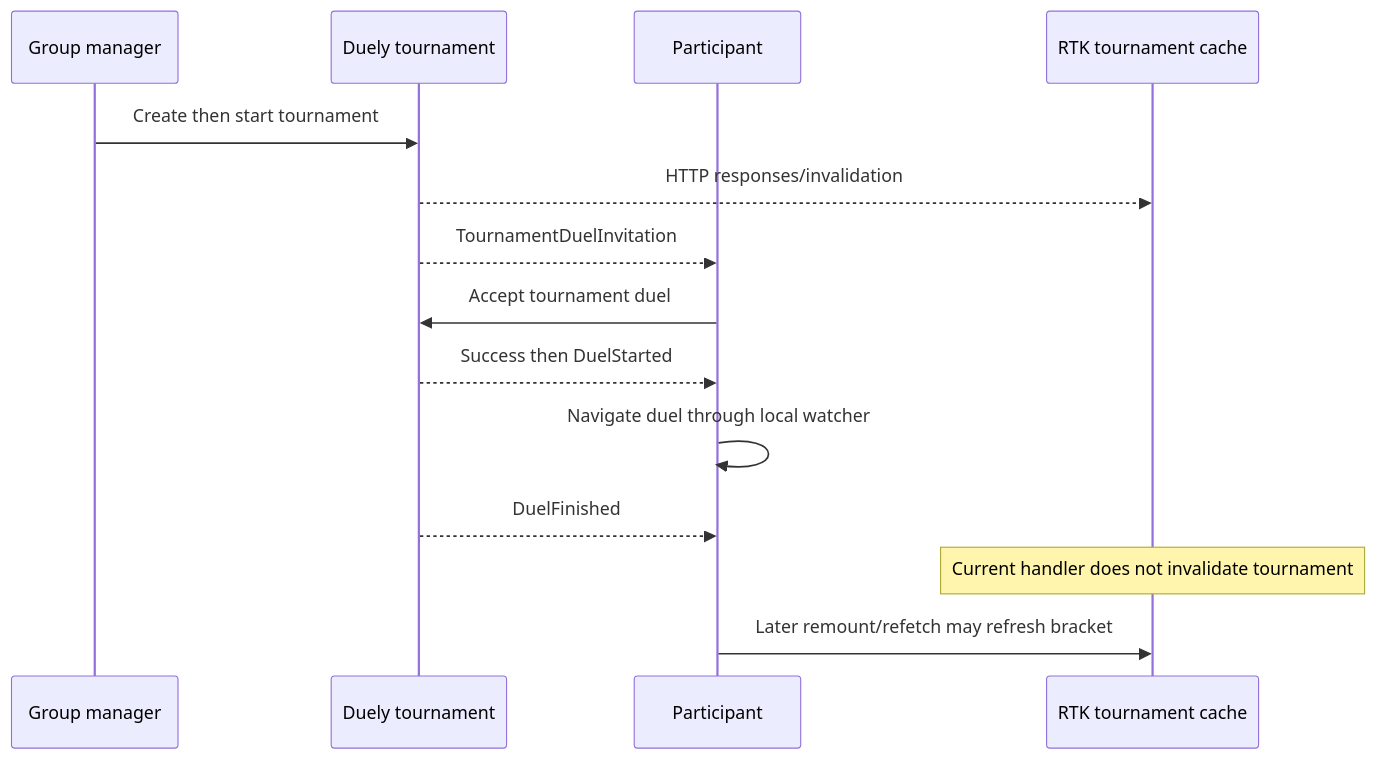
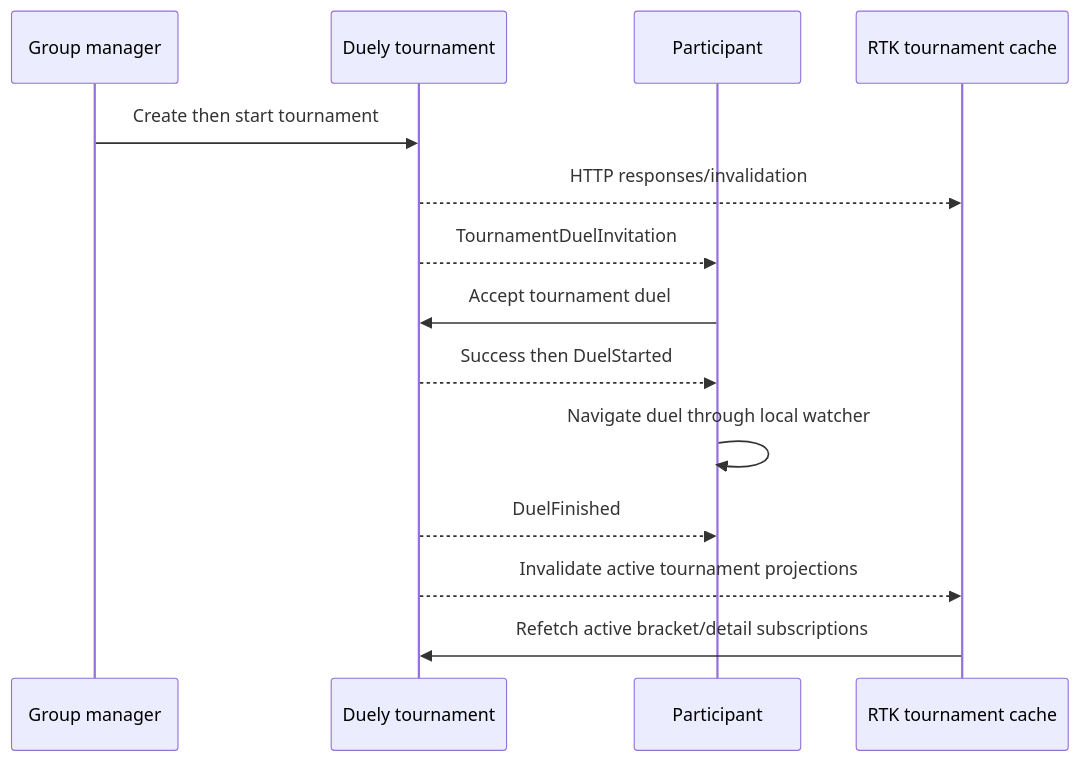
The diagram in docs/processes/tournaments.md (DIvanCode/CoDuels-Frontend), drawn with Mermaid before and after one commit. The commit also changed other lines of this file and 70 other files, not shown here.

````diff
--- a/docs/processes/tournaments.md
+++ b/docs/processes/tournaments.md
@@ -39,16 +40,16 @@
 ```mermaid
 sequenceDiagram
     participant M as Group manager
     participant D as Duely tournament
     participant P as Participant
     participant T as RTK tournament cache
     M->>D: Create then start tournament
     D-->>T: HTTP responses/invalidation
     D-->>P: TournamentDuelInvitation
     P->>D: Accept tournament duel
     D-->>P: Success then DuelStarted
     P->>P: Navigate duel through local watcher
     D-->>P: DuelFinished
-    Note over T: Current handler does not invalidate tournament
-    P->>T: Later remount/refetch may refresh bracket
+    D-->>T: Invalidate active tournament projections
+    T->>D: Refetch active bracket/detail subscriptions
 ```
````
